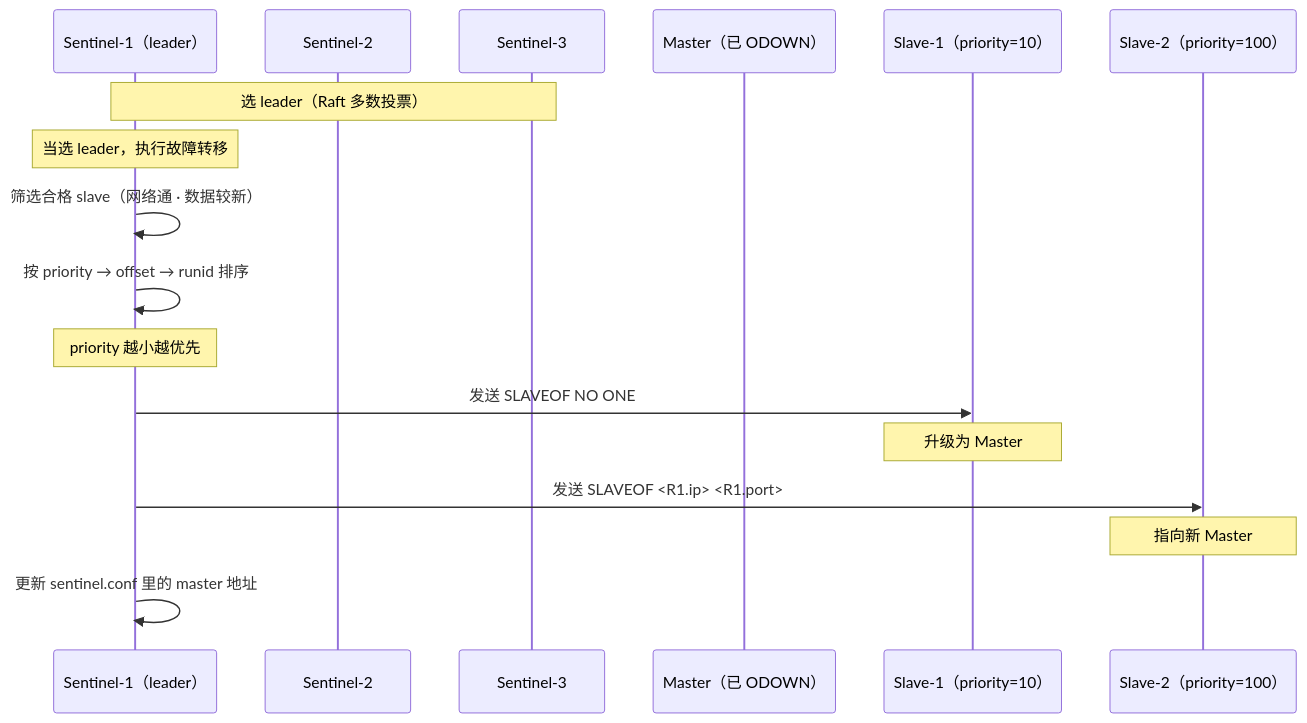
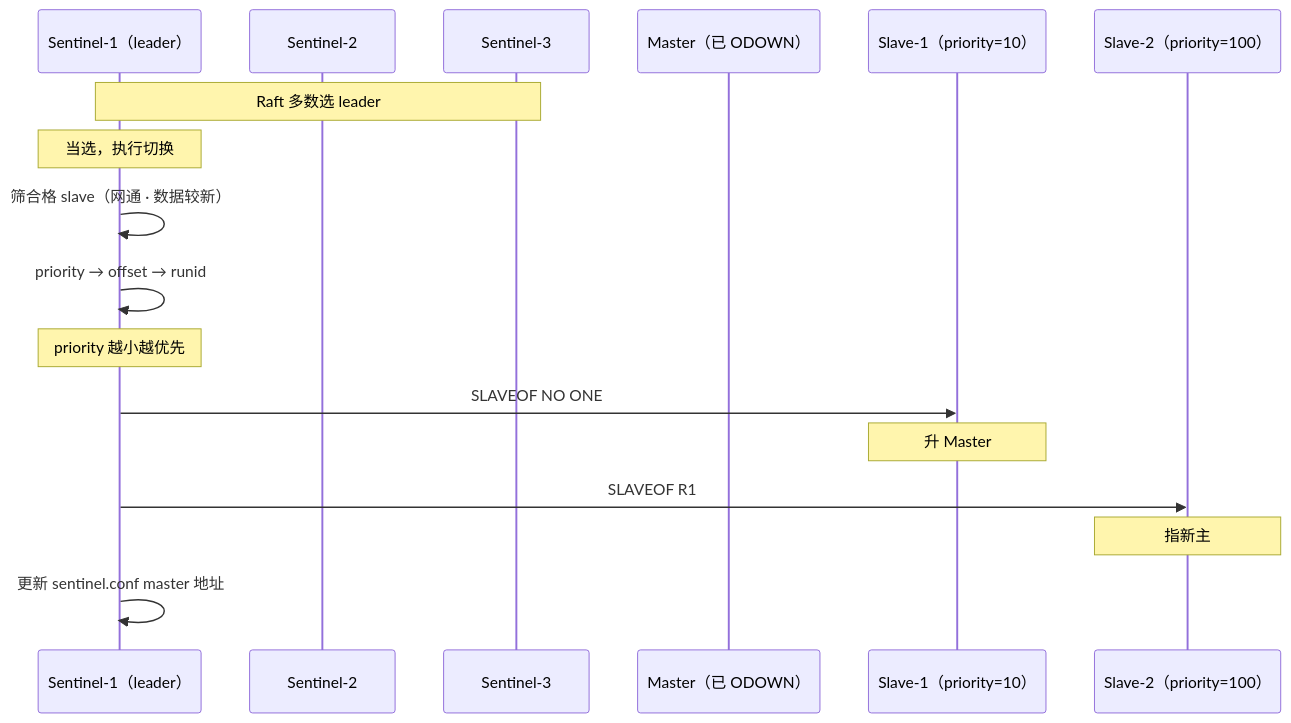
Before and after one commit to ml-cuizijun/LearnToLilith: the fourth of 8 diagrams in 02-中间件与数据库/02-Redis/03-高可用与集群/知识点.md, drawn with Mermaid. The commit also changed other lines of this file and 178 other files, not shown here.

````diff
--- a/02-中间件与数据库/02-Redis/03-高可用与集群/知识点.md
+++ b/02-中间件与数据库/02-Redis/03-高可用与集群/知识点.md
@@ -227,19 +264,19 @@
 ```mermaid
 sequenceDiagram
     participant S1 as Sentinel-1（leader）
     participant S2 as Sentinel-2
     participant S3 as Sentinel-3
     participant M as Master（已 ODOWN）
     participant R1 as Slave-1（priority=10）
     participant R2 as Slave-2（priority=100）
-    Note over S1,S3: 选 leader（Raft 多数投票）
-    Note over S1: 当选 leader，执行故障转移
-    S1->>S1: 筛选合格 slave（网络通 · 数据较新）
-    S1->>S1: 按 priority → offset → runid 排序
+    Note over S1,S3: Raft 多数选 leader
+    Note over S1: 当选，执行切换
+    S1->>S1: 筛合格 slave（网通 · 数据较新）
+    S1->>S1: priority → offset → runid
     Note over S1: priority 越小越优先
-    S1->>R1: 发送 SLAVEOF NO ONE
-    Note over R1: 升级为 Master
-    S1->>R2: 发送 SLAVEOF <R1.ip> <R1.port>
-    Note over R2: 指向新 Master
-    S1->>S1: 更新 sentinel.conf 里的 master 地址
+    S1->>R1: SLAVEOF NO ONE
+    Note over R1: 升 Master
+    S1->>R2: SLAVEOF R1
+    Note over R2: 指新主
+    S1->>S1: 更新 sentinel.conf master 地址
 ```
````
